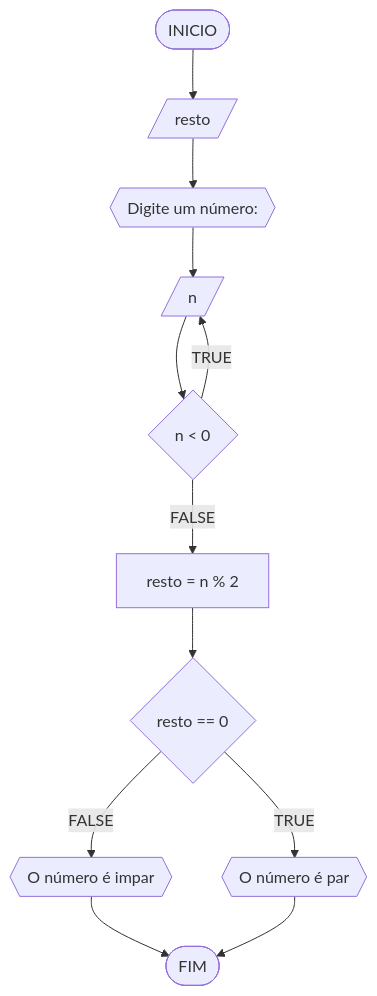
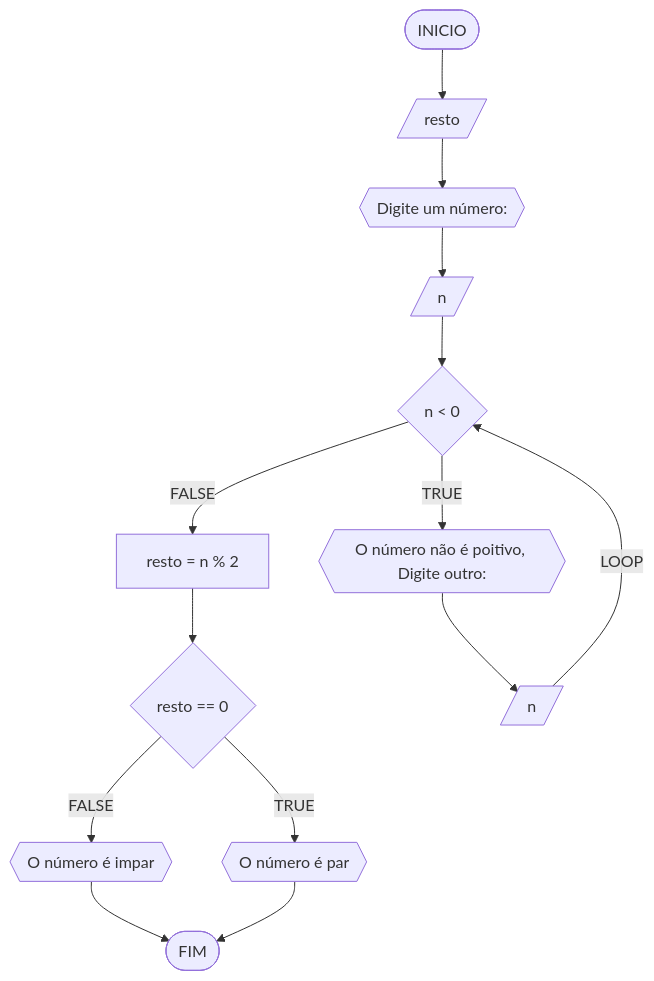
One commit to AlissonFT2/unifor changed the third of 6 diagrams in RLA/unidade1/lista3.md. Above: the diagram before and after it, drawn with Mermaid. The commit also changed other lines of this file, not shown here.

Commit message:
Update lista3.md
add ex 1

````diff
--- a/RLA/unidade1/lista3.md
+++ b/RLA/unidade1/lista3.md
@@ -102,14 +102,18 @@
 ```mermaid
 flowchart TD
 A([INICIO]) --> B[/resto/]
 B --> C{{Digite um número: }}
 C --> D[/n/]
+
 D --> E{n < 0}
-E --TRUE--> D
 E --FALSE--> F[resto = n % 2]
 F --> G{resto == 0}
 G --FALSE--> H{{O número é impar}}
 G --TRUE--> I{{O número é par}}
 H & I --> J([FIM])
 
+E --TRUE--> K{{O número não é poitivo, Digite outro: }}
+K --> L[/n/]
+L --LOOP--> E
+
 ```
````
